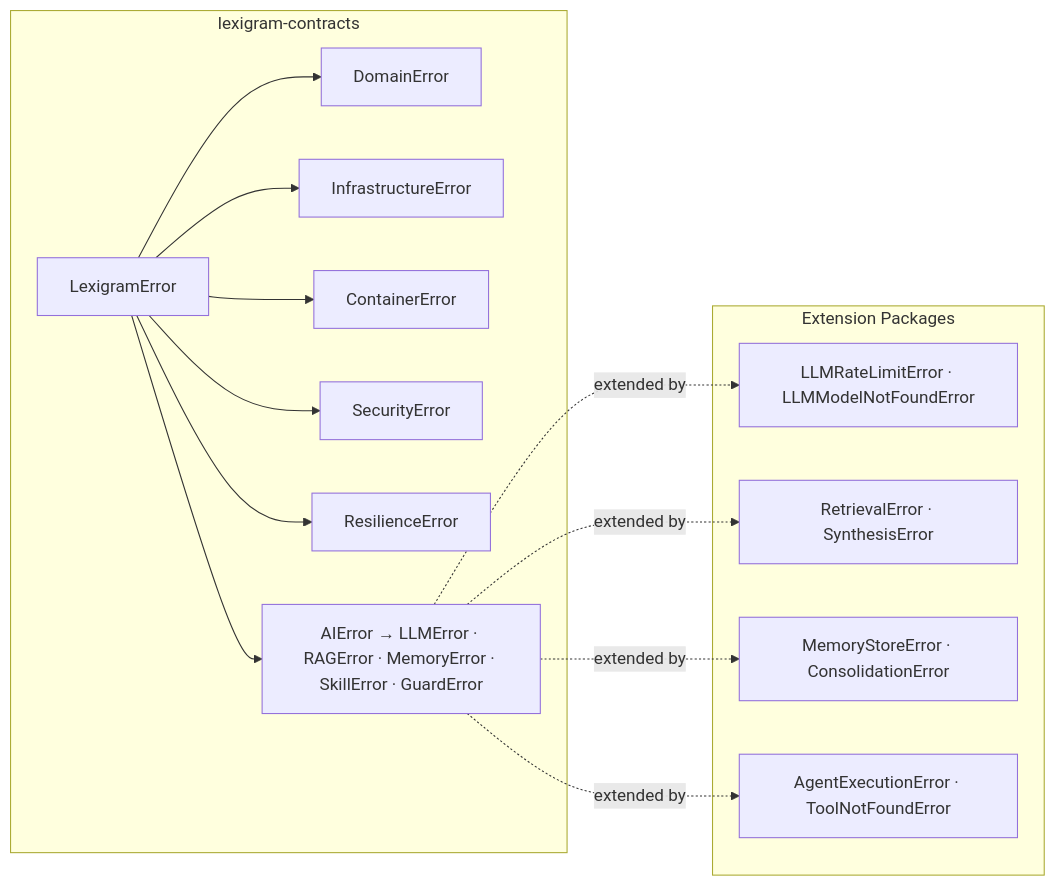
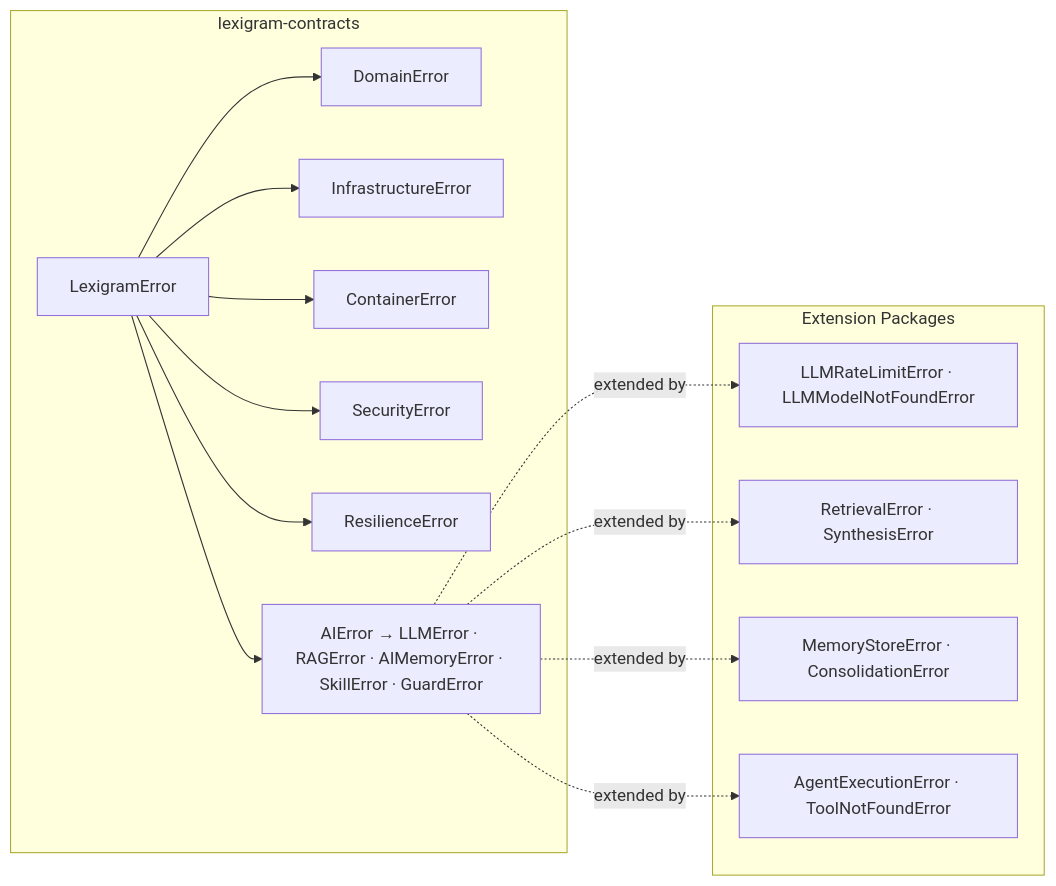
Before and after one commit to dbtinoy-/lexigram-framework-docs: the fourth of 4 diagrams in src/content/docs/packages/foundation/lexigram-contracts/docs/ARCHITECTURE.md, drawn with Mermaid. The commit also changed 66 other files, not shown here.

````diff
--- a/src/content/docs/packages/foundation/lexigram-contracts/docs/ARCHITECTURE.md
+++ b/src/content/docs/packages/foundation/lexigram-contracts/docs/ARCHITECTURE.md
@@ -143,18 +143,18 @@
 ```mermaid
 flowchart LR
     subgraph C[lexigram-contracts]
         LE[LexigramError]
         LE --> DE[DomainError]
         LE --> IE[InfrastructureError]
         LE --> CE[ContainerError]
         LE --> SE[SecurityError]
         LE --> RE[ResilienceError]
-        LE --> AE[AIError → LLMError · RAGError · MemoryError · SkillError · GuardError]
+        LE --> AE[AIError → LLMError · RAGError · AIMemoryError · SkillError · GuardError]
     end
     subgraph E[Extension Packages]
         AE -.->|extended by| L1[LLMRateLimitError · LLMModelNotFoundError]
         AE -.->|extended by| L2[RetrievalError · SynthesisError]
         AE -.->|extended by| L3[MemoryStoreError · ConsolidationError]
         AE -.->|extended by| L4[AgentExecutionError · ToolNotFoundError]
     end
 ```
````
